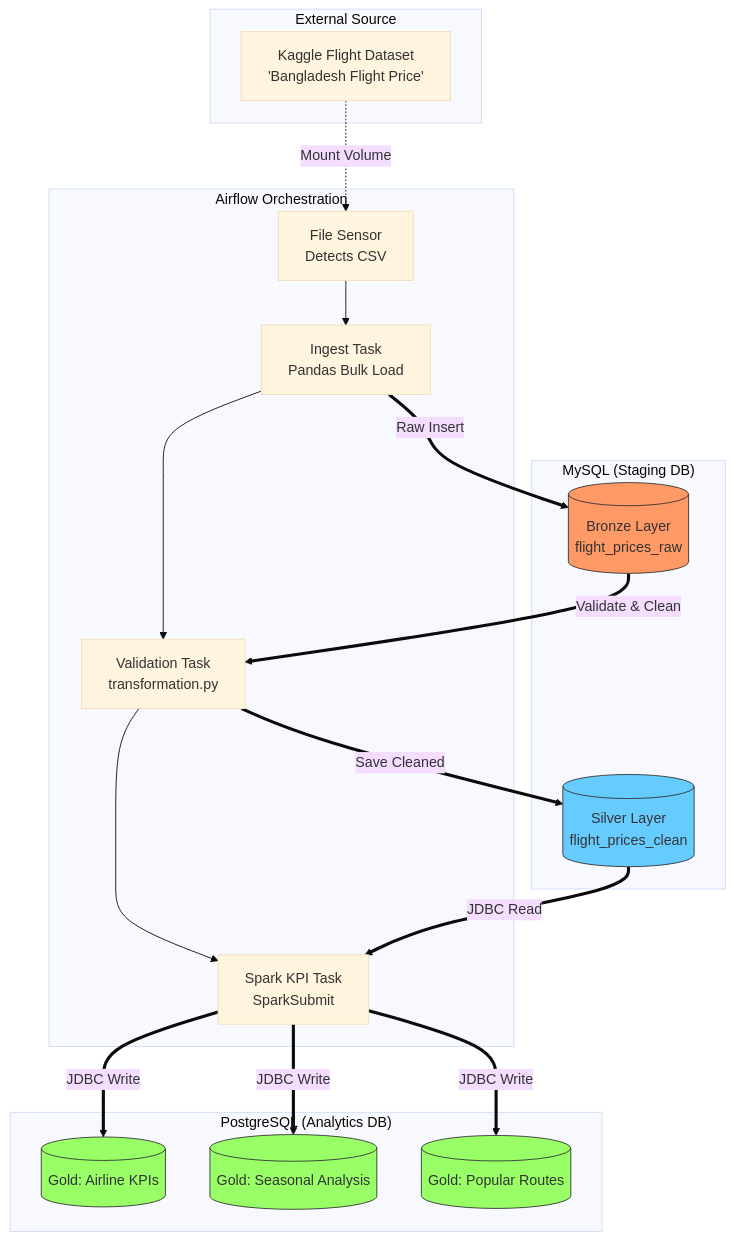
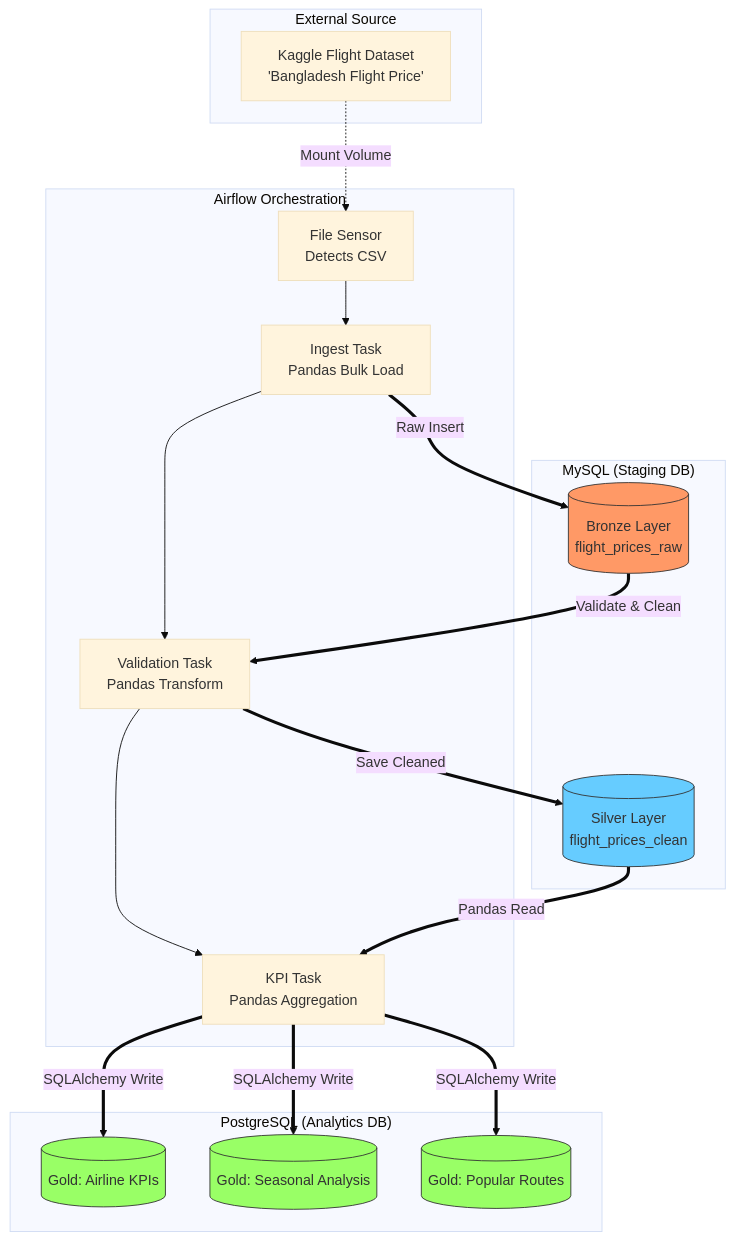
Before and after one commit to jill-break/DE05-Module-Lab-3-Airflow-Project-Flight-Price-Analysis: the first of 2 diagrams in documentation.md, drawn with Mermaid (base theme). The commit also changed other lines of this file, not shown here.

````diff
--- a/documentation.md
+++ b/documentation.md
@@ -11,39 +15,39 @@
 ```mermaid
 graph TD
     subgraph "External Source"
         CSV[Kaggle Flight Dataset<br/>'Bangladesh Flight Price']
     end
 
     subgraph "Airflow Orchestration"
         Sensor[File Sensor<br/>Detects CSV] --> Ingest[Ingest Task<br/>Pandas Bulk Load]
-        Ingest --> Trans[Validation Task<br/>transformation.py]
-        Trans --> SparkTask[Spark KPI Task<br/>SparkSubmit]
+        Ingest --> Trans[Validation Task<br/>Pandas Transform]
+        Trans --> KPITask[KPI Task<br/>Pandas Aggregation]
     end
 
     subgraph "MySQL (Staging DB)"
         Bronze[(Bronze Layer<br/>flight_prices_raw)]
         Silver[(Silver Layer<br/>flight_prices_clean)]
     end
 
     subgraph "PostgreSQL (Analytics DB)"
         Gold1[(Gold: Airline KPIs)]
         Gold2[(Gold: Seasonal Analysis)]
         Gold3[(Gold: Popular Routes)]
     end
 
     %% Data Flow
     CSV -.->|Mount Volume| Sensor
     Ingest ==>|Raw Insert| Bronze
     Bronze ==>|Validate & Clean| Trans
     Trans ==>|Save Cleaned| Silver
-    Silver ==>|JDBC Read| SparkTask
-    SparkTask ==>|JDBC Write| Gold1
-    SparkTask ==>|JDBC Write| Gold2
-    SparkTask ==>|JDBC Write| Gold3
+    Silver ==>|Pandas Read| KPITask
+    KPITask ==>|SQLAlchemy Write| Gold1
+    KPITask ==>|SQLAlchemy Write| Gold2
+    KPITask ==>|SQLAlchemy Write| Gold3
 
     style Bronze fill:#f96,stroke:#333
     style Silver fill:#6cf,stroke:#333
     style Gold1 fill:#9f6,stroke:#333
     style Gold2 fill:#9f6,stroke:#333
     style Gold3 fill:#9f6,stroke:#333
 ```
````
